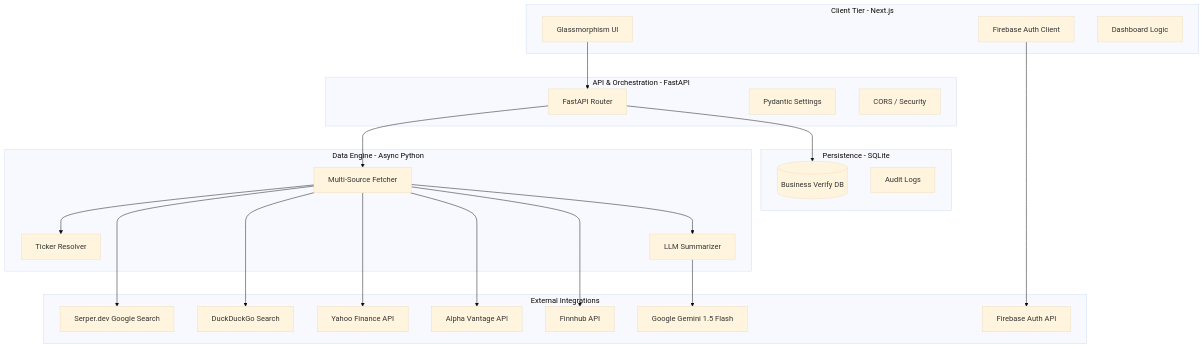
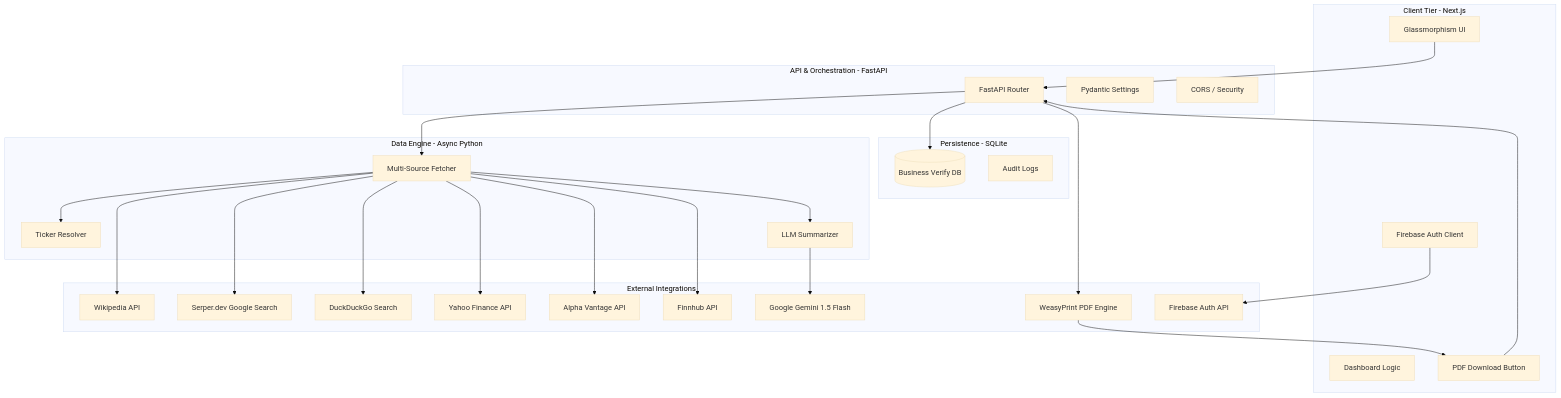
Before and after one commit to Nischal0258/Business-Verifier: the diagram in ARCHITECTURE.md, drawn with Mermaid (base theme). The commit also changed other lines of this file and 23 other files, not shown here.

````diff
--- a/ARCHITECTURE.md
+++ b/ARCHITECTURE.md
@@ -12,48 +12,55 @@
 ```mermaid
 graph TD
     subgraph Client_Tier [Client Tier - Next.js]
         UI[Glassmorphism UI]
         Auth_Client[Firebase Auth Client]
         Dashboard[Dashboard Logic]
+        PDFButton[PDF Download Button]
     end
 
     subgraph API_Gateway [API & Orchestration - FastAPI]
         Router[FastAPI Router]
         Config[Pydantic Settings]
         Middleware[CORS / Security]
     end
 
     subgraph Data_Engine [Data Engine - Async Python]
         Fetcher[Multi-Source Fetcher]
         TickerResolver[Ticker Resolver]
         Summarizer[LLM Summarizer]
     end
 
     subgraph Persistence_Layer [Persistence - SQLite]
         DB[(Business Verify DB)]
         AuditLogs[Audit Logs]
     end
 
     subgraph External_Integrations [External Integrations]
         Firebase[Firebase Auth API]
         Gemini[Google Gemini 1.5 Flash]
+        Wikipedia[Wikipedia API]
         Serper[Serper.dev Google Search]
         DuckDuckGo[DuckDuckGo Search]
         yFinance[Yahoo Finance API]
         AlphaVantage[Alpha Vantage API]
         Finnhub[Finnhub API]
+        WeasyPrint[WeasyPrint PDF Engine]
     end
 
     UI --> Router
     Auth_Client --> Firebase
     Router --> Fetcher
     Fetcher --> TickerResolver
+    Fetcher --> Wikipedia
     Fetcher --> Serper
     Fetcher --> DuckDuckGo
     Fetcher --> yFinance
     Fetcher --> AlphaVantage
     Fetcher --> Finnhub
     Fetcher --> Summarizer
     Summarizer --> Gemini
     Router --> DB
+    PDFButton --> Router
+    Router --> WeasyPrint
+    WeasyPrint --> PDFButton
 ```
````
